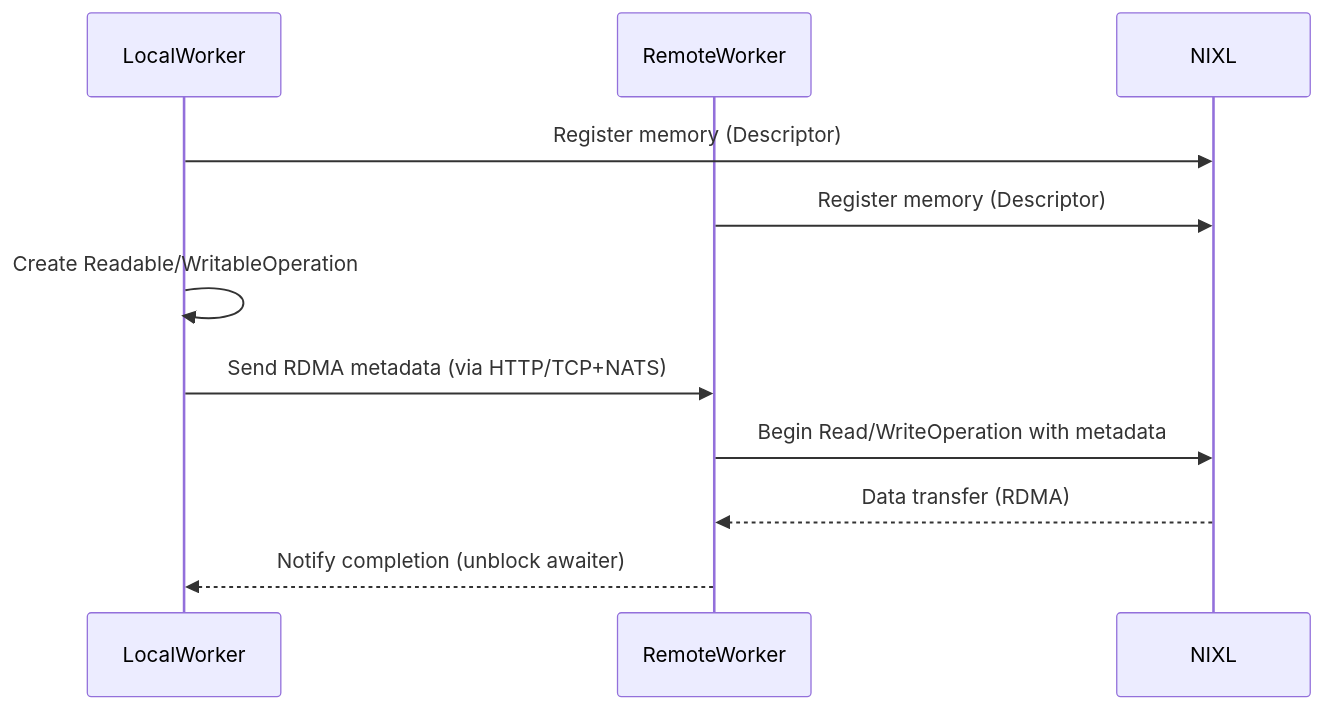
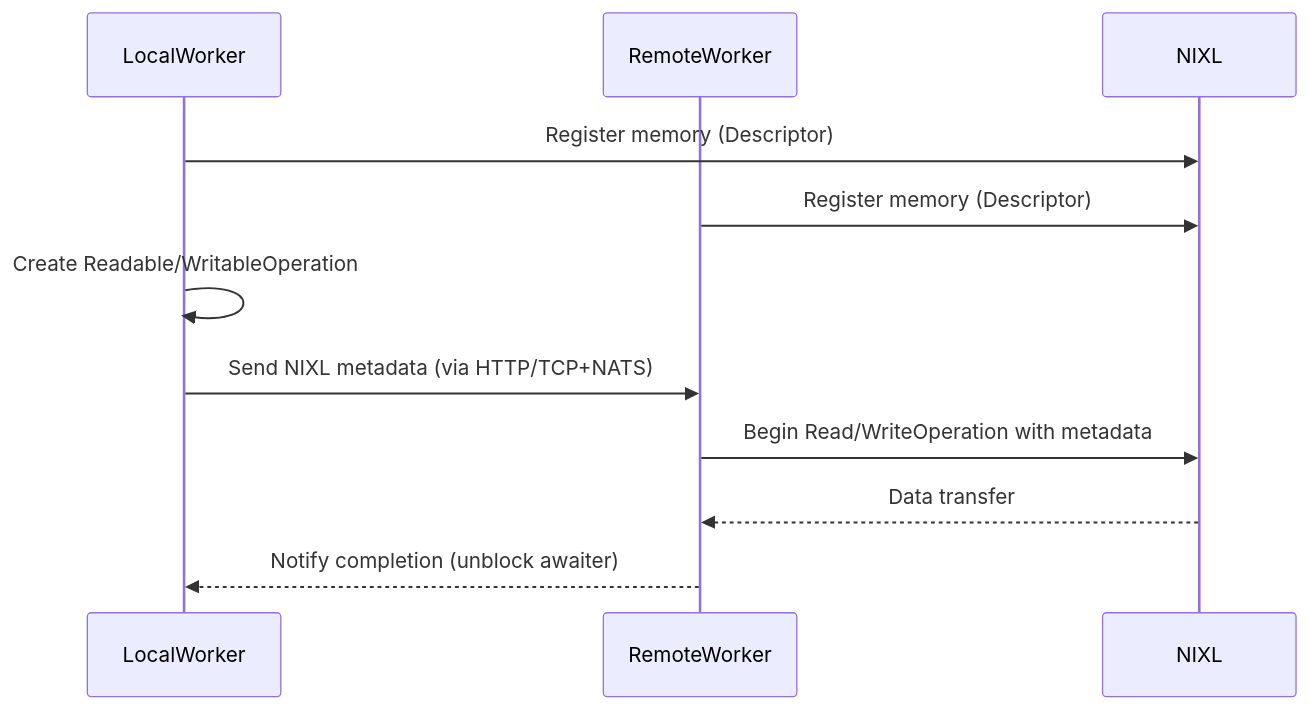
One commit to ai-dynamo/dynamo changed the first of 3 diagrams in docs/API/nixl_connect/README.md. Above: the diagram before and after it, drawn with Mermaid. The commit also changed other lines of this file and 7 other files, not shown here.

````diff
--- a/docs/API/nixl_connect/README.md
+++ b/docs/API/nixl_connect/README.md
@@ -52,14 +66,14 @@
 ```mermaid
 sequenceDiagram
     participant LocalWorker
     participant RemoteWorker
     participant NIXL
 
     LocalWorker ->> NIXL: Register memory (Descriptor)
     RemoteWorker ->> NIXL: Register memory (Descriptor)
     LocalWorker ->> LocalWorker: Create Readable/WritableOperation
-    LocalWorker ->> RemoteWorker: Send RDMA metadata (via HTTP/TCP+NATS)
+    LocalWorker ->> RemoteWorker: Send NIXL metadata (via HTTP/TCP+NATS)
     RemoteWorker ->> NIXL: Begin Read/WriteOperation with metadata
-    NIXL -->> RemoteWorker: Data transfer (RDMA)
+    NIXL -->> RemoteWorker: Data transfer
     RemoteWorker -->> LocalWorker: Notify completion (unblock awaiter)
 ```
````
